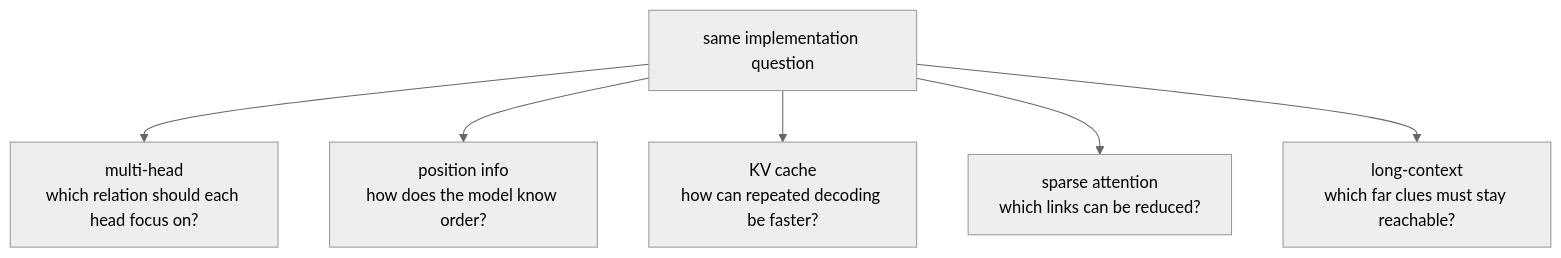
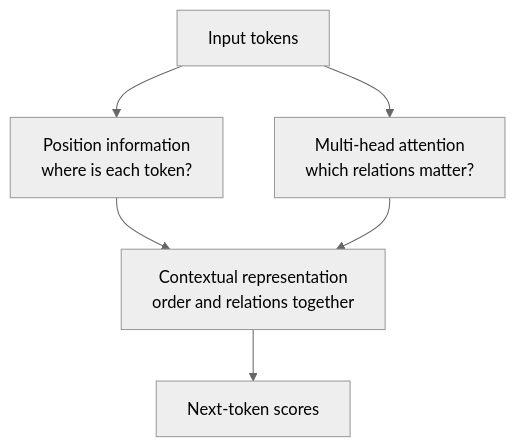
The diagram in docs/assets/part-06/chapter-03/p6-c03-s03-diagram-01-en.mmd (devchan64/AiBook), drawn with Mermaid (neutral theme) before and after one commit. The commit also changed 21 other files, not shown here.

Commit message:
Refine Part 6 chapter 3 practice flow

```diff
--- a/docs/assets/part-06/chapter-03/p6-c03-s03-diagram-01-en.mmd
+++ b/docs/assets/part-06/chapter-03/p6-c03-s03-diagram-01-en.mmd
@@ -1,13 +1,12 @@
 flowchart TD
-  A["same implementation question"]
-  B["multi-head<br/>which relation should each head focus on?"]
-  C["position info<br/>how does the model know order?"]
-  D["KV cache<br/>how can repeated decoding be faster?"]
-  E["sparse attention<br/>which links can be reduced?"]
-  F["long-context<br/>which far clues must stay reachable?"]
+  A["Input tokens"]
+  B["Position information<br/>where is each token?"]
+  C["Multi-head attention<br/>which relations matter?"]
+  D["Contextual representation<br/>order and relations together"]
+  E["Next-token scores"]
 
   A --> B
   A --> C
-  A --> D
-  A --> E
-  A --> F
+  B --> D
+  C --> D
+  D --> E
```
